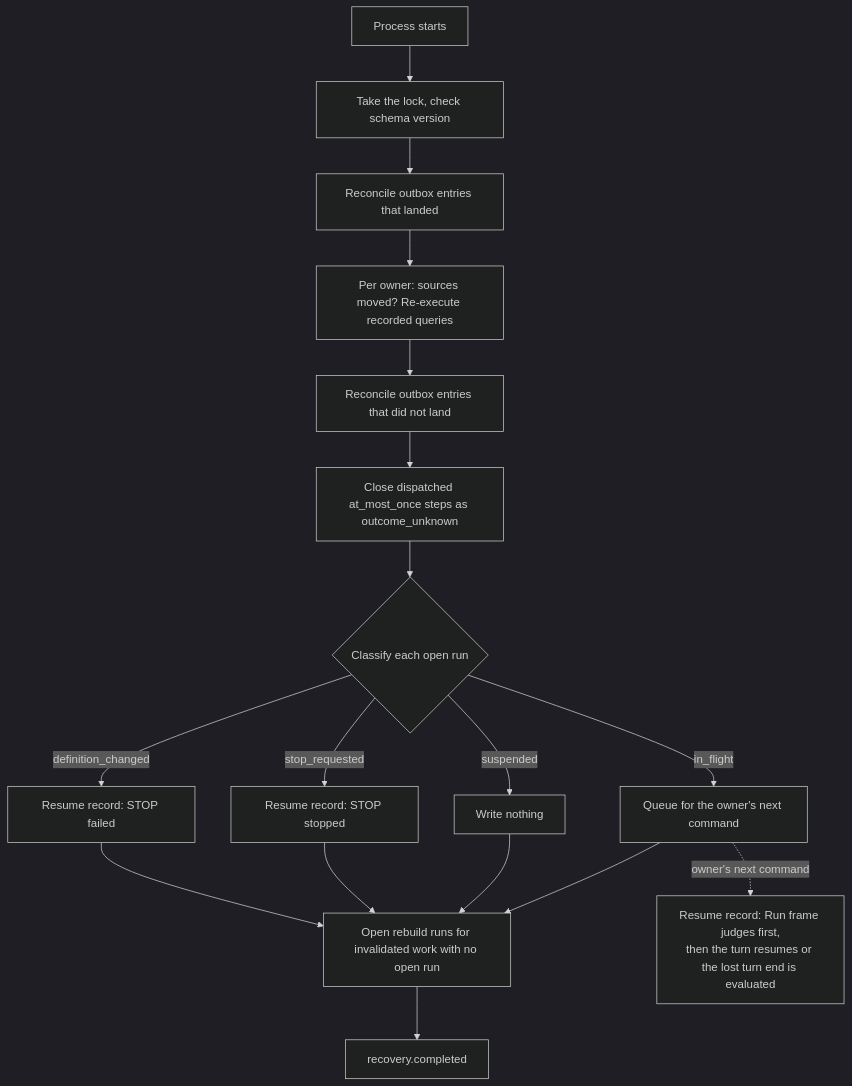
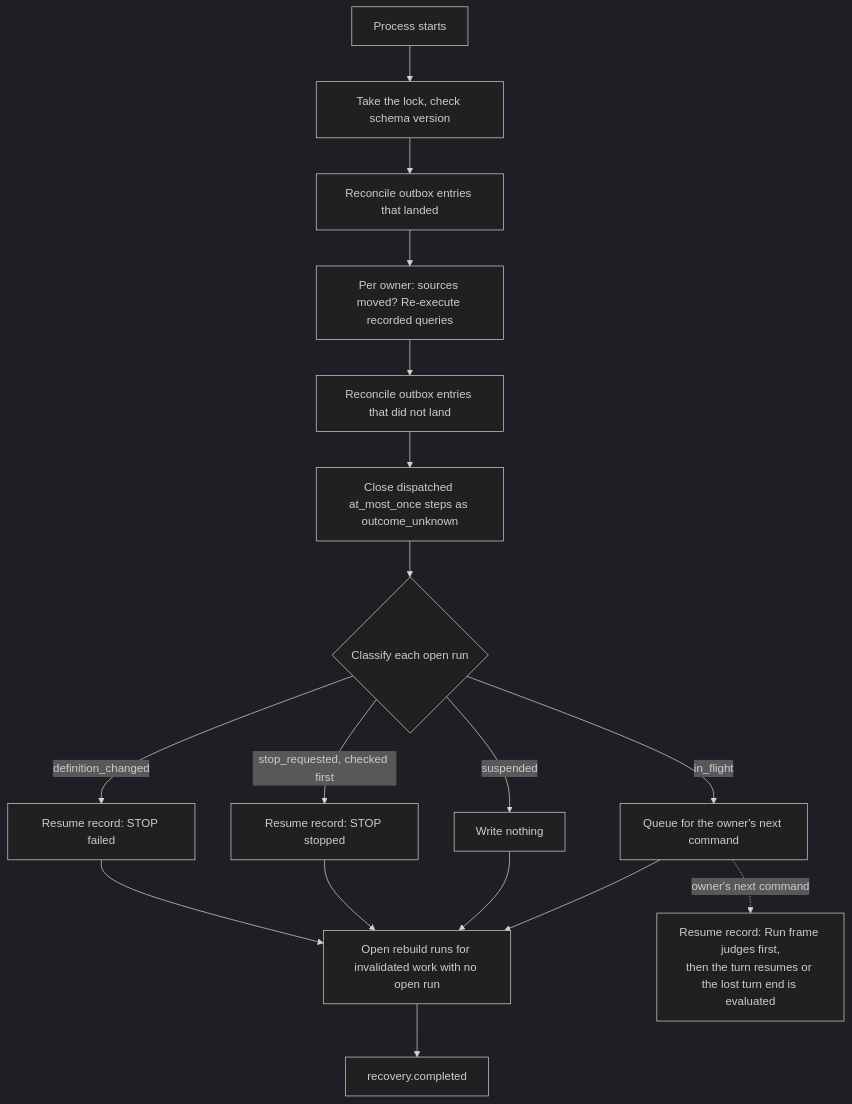
One commit to SaiiPittu/aksha changed the diagram in docs/design/adr/ADR-P02-durable-execution.md. Above: the diagram before and after it, drawn with Mermaid (dark theme). The commit also changed other lines of this file and 10 other files, not shown here.

First line of the commit message:
Design: three tiers, context as a rendering, stop-first recovery, decisions 25 to 35

````diff
--- a/docs/design/adr/ADR-P02-durable-execution.md
+++ b/docs/design/adr/ADR-P02-durable-execution.md
@@ -54,19 +54,19 @@
 ```mermaid
 flowchart TD
   K["Process starts"] --> L["Take the lock, check schema version"]
   L --> R1["Reconcile outbox entries that landed"]
   R1 --> SC["Per owner: sources moved? Re-execute recorded queries"]
   SC --> R2["Reconcile outbox entries that did not land"]
   R2 --> U["Close dispatched at_most_once steps as outcome_unknown"]
   U --> C{"Classify each open run"}
+  C -->|"stop_requested, checked first"| S2["Resume record: STOP stopped"]
   C -->|"definition_changed"| S1["Resume record: STOP failed"]
-  C -->|"stop_requested"| S2["Resume record: STOP stopped"]
   C -->|"suspended"| N["Write nothing"]
   C -->|"in_flight"| IF["Queue for the owner's next command"]
   S1 --> RB["Open rebuild runs for invalidated work with no open run"]
   S2 --> RB
   N --> RB
   IF --> RB
   RB --> DONE["recovery.completed"]
   IF -.->|"owner's next command"| RR["Resume record: Run frame judges first,<br/>then the turn resumes or the lost turn end is evaluated"]
 ```
````
